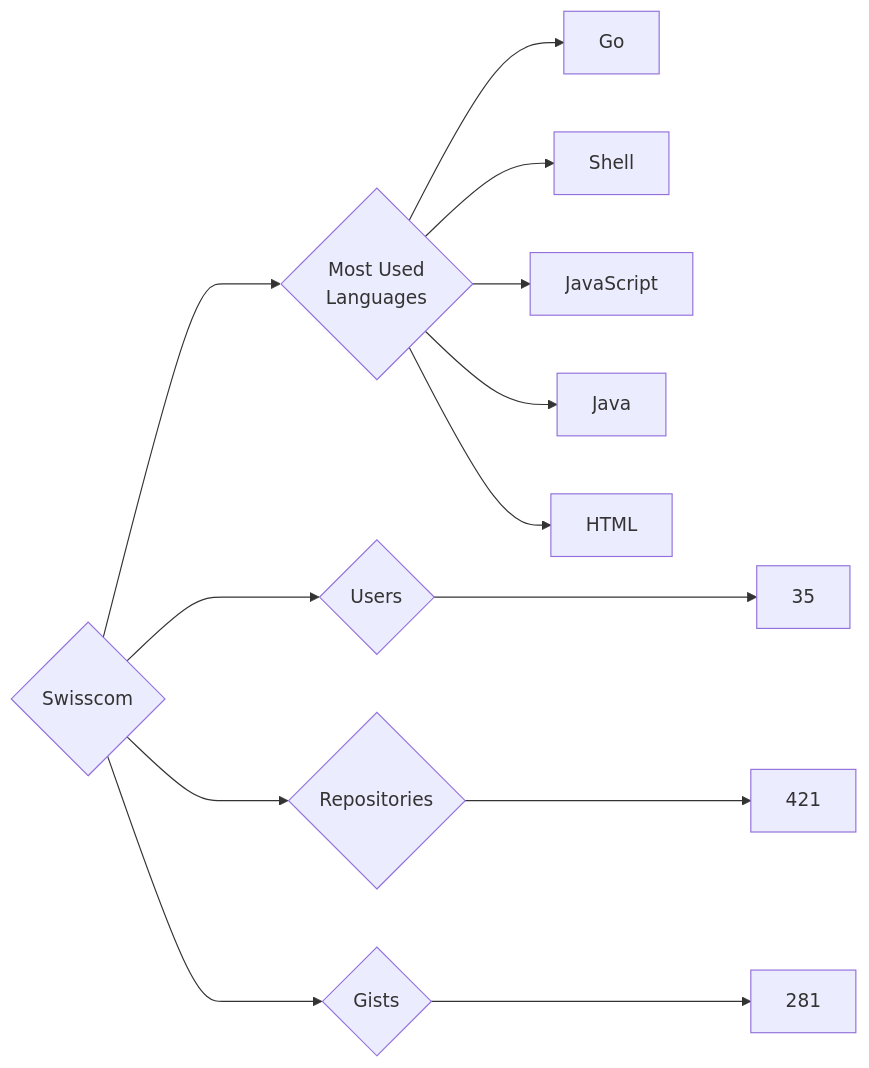
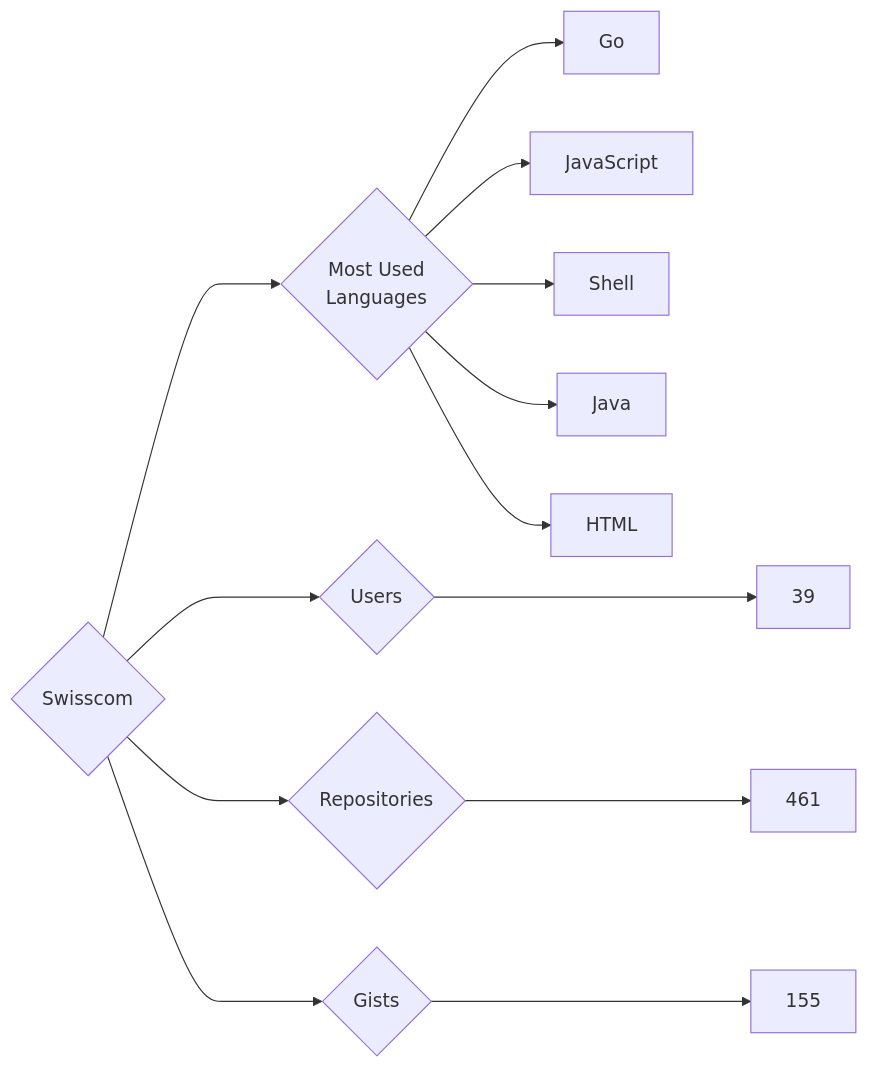
The diagram in targets/Swisscom/README.md (trickest/insiders), drawn with Mermaid before and after one commit. The commit also changed 940 other files, not shown here.

````diff
--- a/targets/Swisscom/README.md
+++ b/targets/Swisscom/README.md
@@ -3,13 +3,13 @@
 ```mermaid
 graph LR
 COMPANY_NAME{Swisscom}
-COMPANY_NAME ---> U{Users} ---> UN[35]
-COMPANY_NAME ---> R{Repositories} ---> RN[421]
-COMPANY_NAME ---> G{Gists} ---> GN[281]
+COMPANY_NAME ---> U{Users} ---> UN[39]
+COMPANY_NAME ---> R{Repositories} ---> RN[461]
+COMPANY_NAME ---> G{Gists} ---> GN[155]
 COMPANY_NAME ---> ML{Most Used<br>Languages}
 ML --> Go[Go]
+ML --> JavaScript[JavaScript]
 ML --> Shell[Shell]
-ML --> JavaScript[JavaScript]
 ML --> Java[Java]
 ML --> HTML[HTML]
 ```
````
